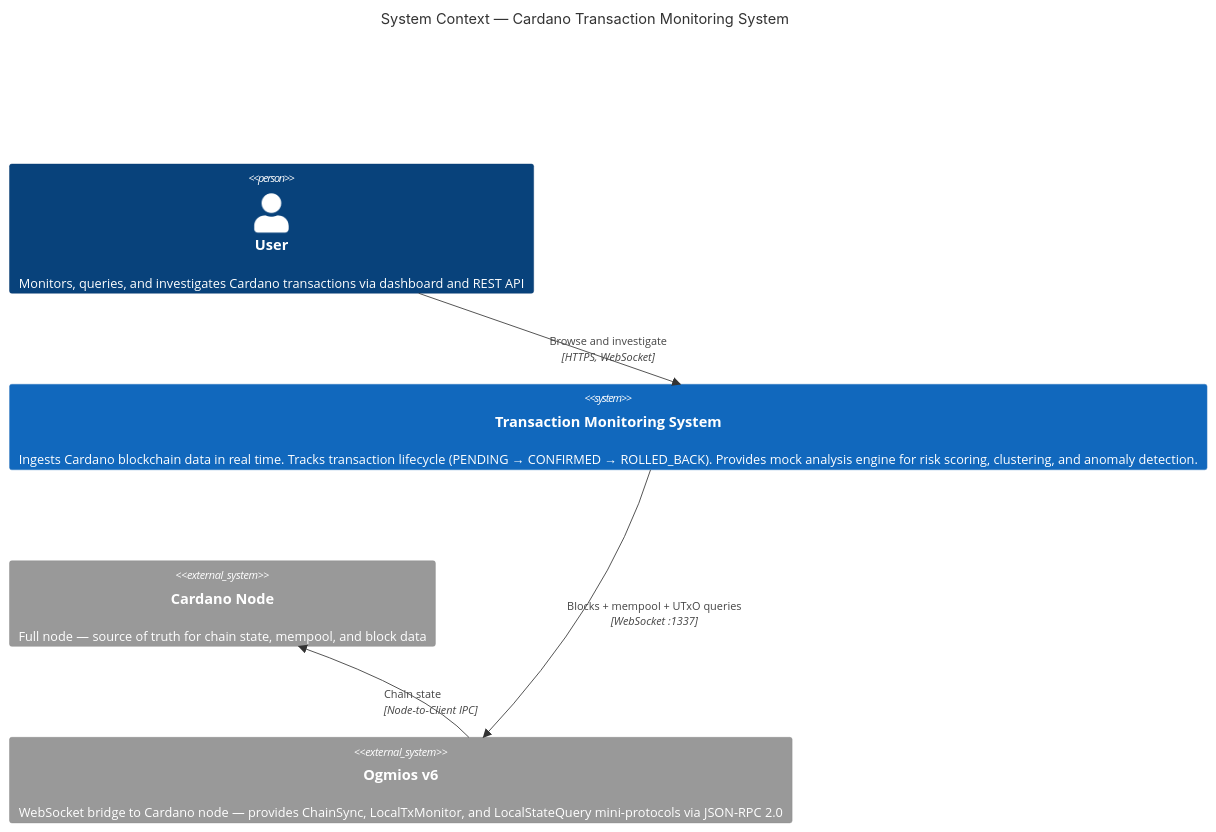
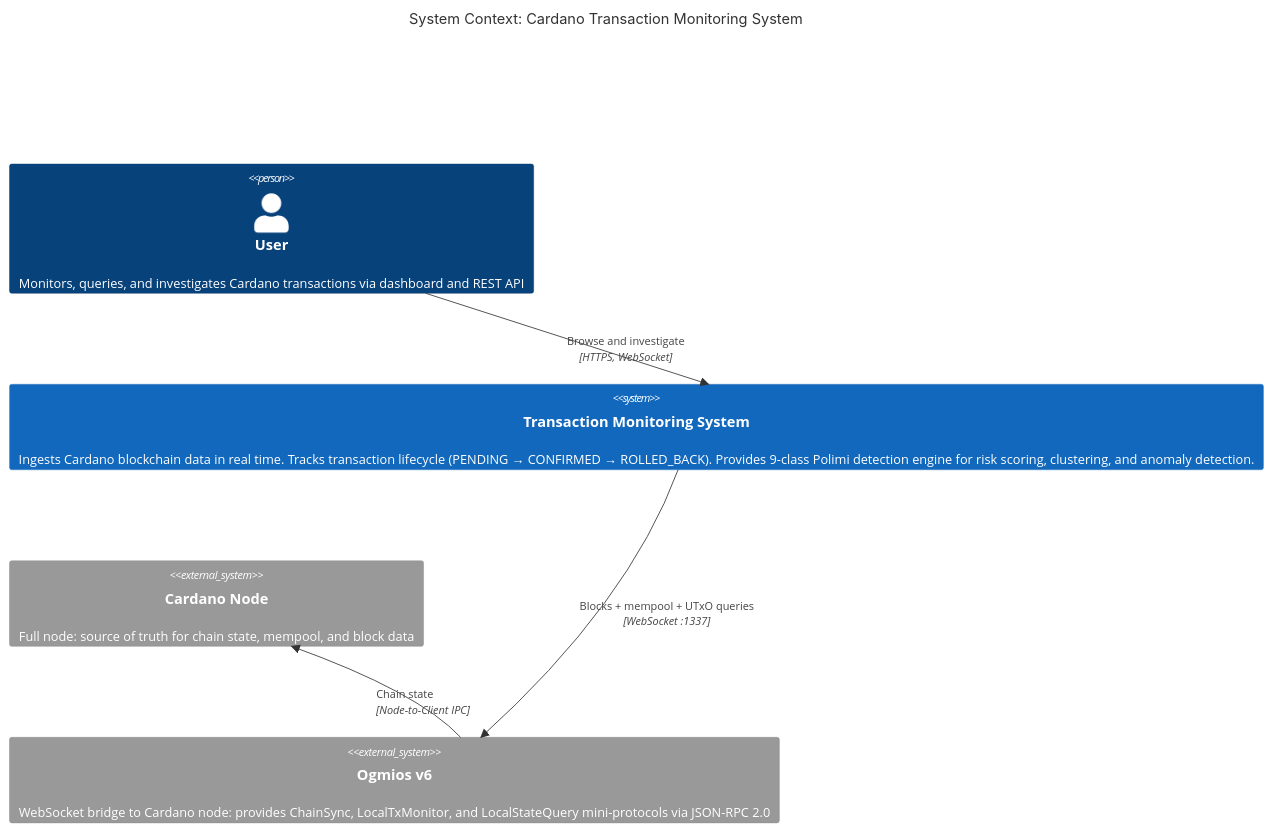
Before and after one commit to input-output-hk/TransactionMonitoringSystem: the first of 7 diagrams in docs/C4-ARCHITECTURE.md, drawn with Mermaid. The commit also changed other lines of this file and 62 other files, not shown here.

````diff
--- a/docs/C4-ARCHITECTURE.md
+++ b/docs/C4-ARCHITECTURE.md
@@ -7,15 +7,15 @@
 ```mermaid
 C4Context
-    title System Context — Cardano Transaction Monitoring System
+    title System Context: Cardano Transaction Monitoring System
 
     Person(user, "User", "Monitors, queries, and investigates Cardano transactions via dashboard and REST API")
 
-    System(tms, "Transaction Monitoring System", "Ingests Cardano blockchain data in real time. Tracks transaction lifecycle (PENDING → CONFIRMED → ROLLED_BACK). Provides mock analysis engine for risk scoring, clustering, and anomaly detection.")
+    System(tms, "Transaction Monitoring System", "Ingests Cardano blockchain data in real time. Tracks transaction lifecycle (PENDING → CONFIRMED → ROLLED_BACK). Provides 9-class Polimi detection engine for risk scoring, clustering, and anomaly detection.")
 
-    System_Ext(cardano_node, "Cardano Node", "Full node — source of truth for chain state, mempool, and block data")
-    System_Ext(ogmios, "Ogmios v6", "WebSocket bridge to Cardano node — provides ChainSync, LocalTxMonitor, and LocalStateQuery mini-protocols via JSON-RPC 2.0")
+    System_Ext(cardano_node, "Cardano Node", "Full node: source of truth for chain state, mempool, and block data")
+    System_Ext(ogmios, "Ogmios v6", "WebSocket bridge to Cardano node: provides ChainSync, LocalTxMonitor, and LocalStateQuery mini-protocols via JSON-RPC 2.0")
 
     Rel(user, tms, "Browse and investigate", "HTTPS, WebSocket")
     Rel(tms, ogmios, "Blocks + mempool + UTxO queries", "WebSocket :1337")
     Rel(ogmios, cardano_node, "Chain state", "Node-to-Client IPC")
 ```
````
